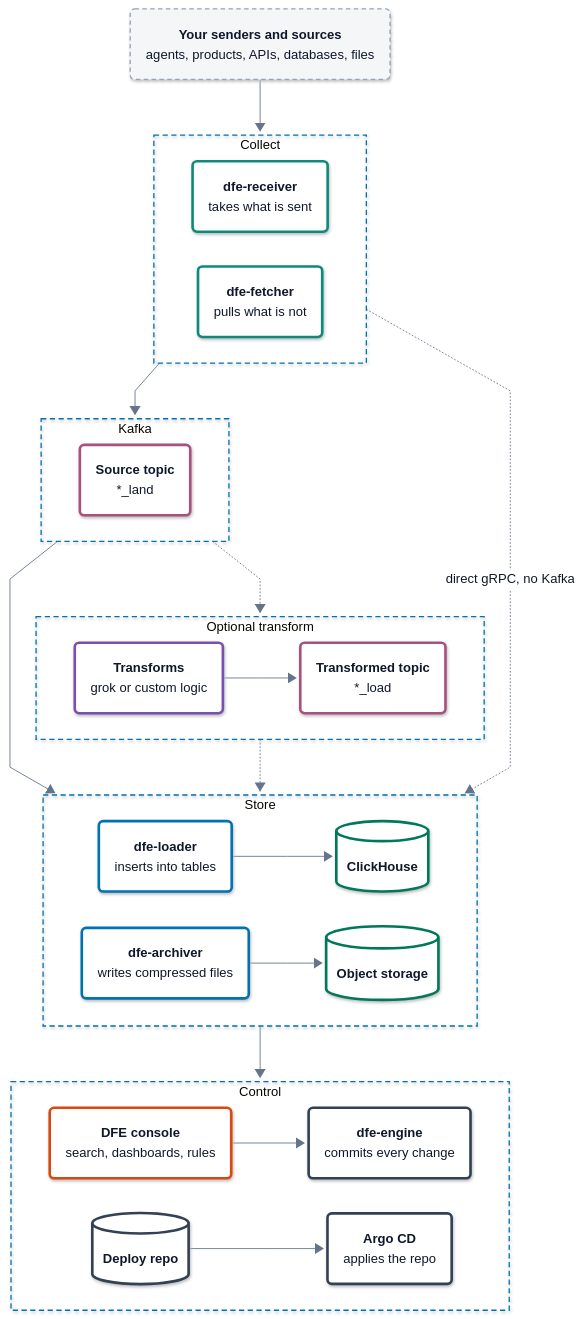
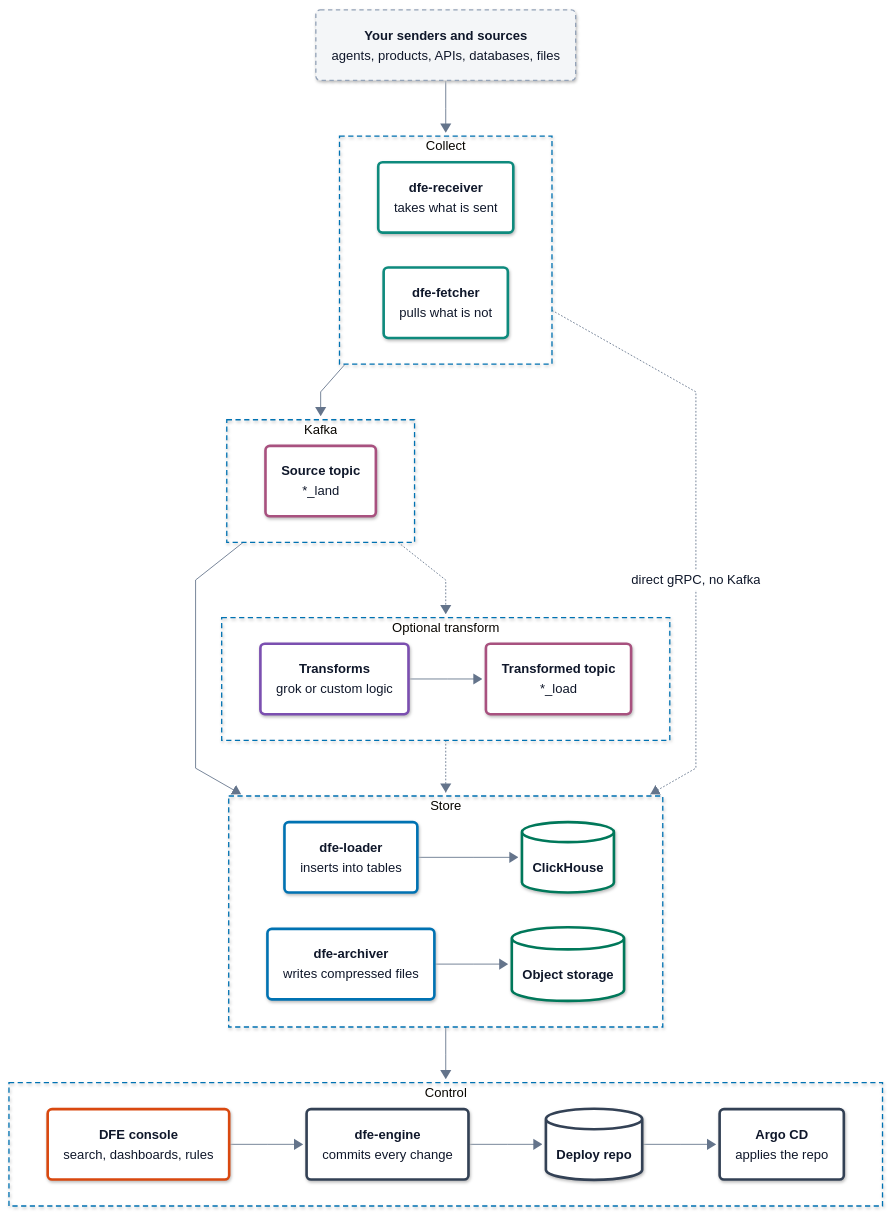
Before and after one commit to hyperi-io/dfe-infra: the diagram in docs/architecture.md, drawn with Mermaid.

Commit message:
docs(architecture): draw dfe-engine's commit to the deploy repo
Figure 1 had no arrow from dfe-engine to the deploy repo, though the page says the engine commits every change there. The control row reads console, engine, deploy repo, Argo CD.

```diff
--- a/docs/architecture.md
+++ b/docs/architecture.md
@@ -82,6 +82,7 @@
     D[("<b>Deploy repo</b>")]
     G("<b>Argo CD</b><br/><span>applies the repo</span>")
     H --> E
+    E --> D
     D --> G
   end
   S --> IN
```
